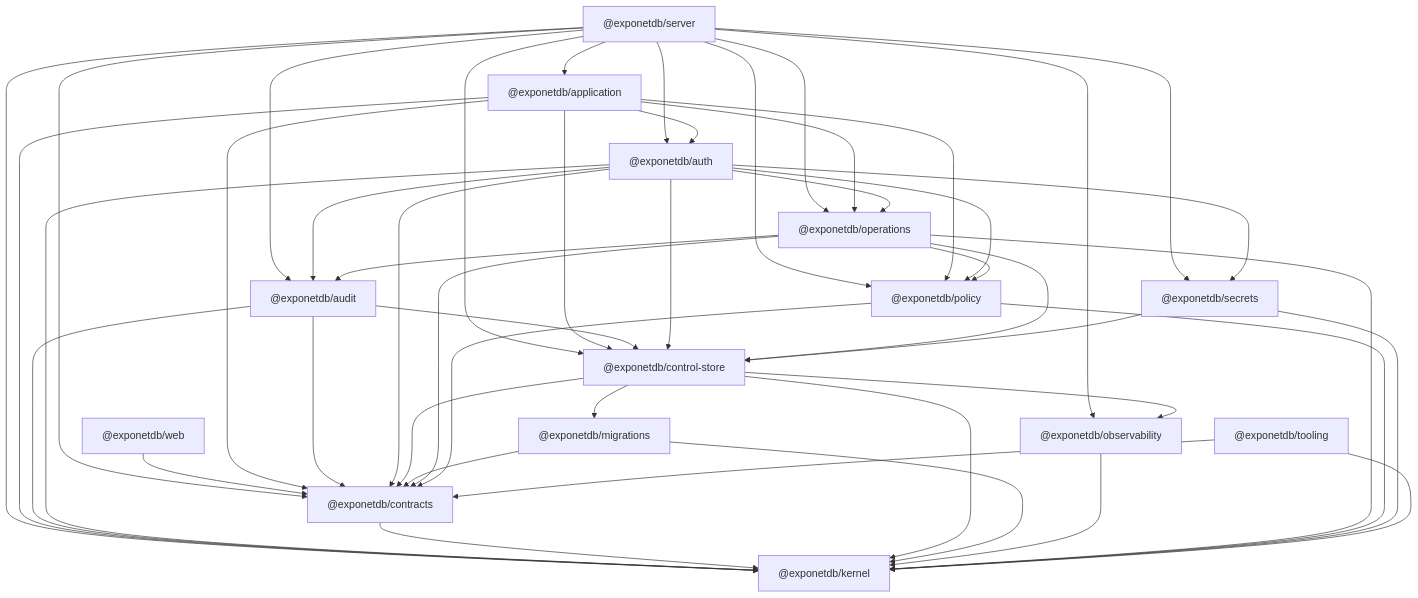
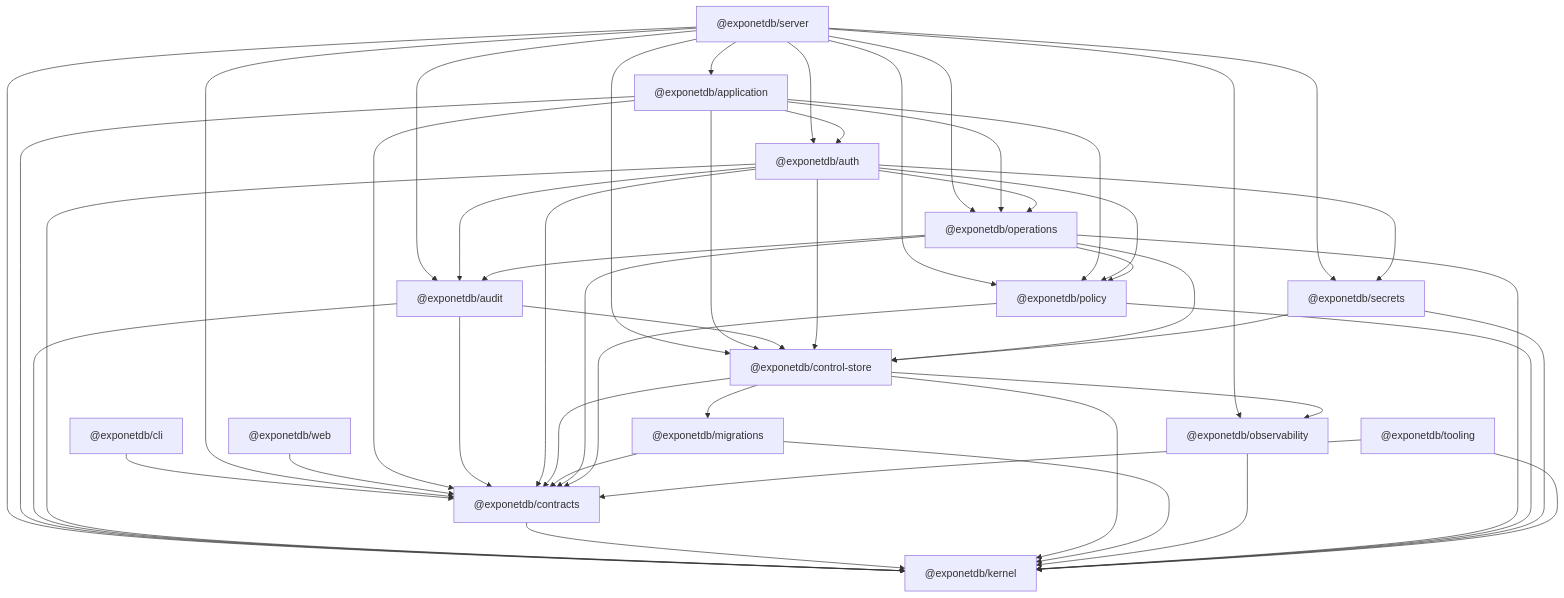
One commit to davdxpx/ExponetDB changed the diagram in tooling/boundaries/package-graph.md. Above: the diagram before and after it, drawn with Mermaid. The commit also changed 20 other files, not shown here.

First line of the commit message:
feat(cli): add the first-party CLI sign-in with loopback and device flows

````diff
--- a/tooling/boundaries/package-graph.md
+++ b/tooling/boundaries/package-graph.md
@@ -7,63 +7,65 @@
 ```mermaid
 graph TD
+  apps_cli["@exponetdb/cli"]
   apps_server["@exponetdb/server"]
   apps_web["@exponetdb/web"]
   packages_application["@exponetdb/application"]
   packages_audit["@exponetdb/audit"]
   packages_auth["@exponetdb/auth"]
   packages_contracts["@exponetdb/contracts"]
   packages_control-store["@exponetdb/control-store"]
   packages_kernel["@exponetdb/kernel"]
   packages_migrations["@exponetdb/migrations"]
   packages_observability["@exponetdb/observability"]
   packages_operations["@exponetdb/operations"]
   packages_policy["@exponetdb/policy"]
   packages_secrets["@exponetdb/secrets"]
   tooling["@exponetdb/tooling"]
+  apps_cli["@exponetdb/cli"] --> packages_contracts
   apps_server["@exponetdb/server"] --> packages_application
   apps_server["@exponetdb/server"] --> packages_audit
   apps_server["@exponetdb/server"] --> packages_auth
   apps_server["@exponetdb/server"] --> packages_contracts
   apps_server["@exponetdb/server"] --> packages_control-store
   apps_server["@exponetdb/server"] --> packages_kernel
   apps_server["@exponetdb/server"] --> packages_observability
   apps_server["@exponetdb/server"] --> packages_operations
   apps_server["@exponetdb/server"] --> packages_policy
   apps_server["@exponetdb/server"] --> packages_secrets
   apps_web["@exponetdb/web"] --> packages_contracts
   packages_application["@exponetdb/application"] --> packages_auth
   packages_application["@exponetdb/application"] --> packages_contracts
   packages_application["@exponetdb/application"] --> packages_control-store
   packages_application["@exponetdb/application"] --> packages_kernel
   packages_application["@exponetdb/application"] --> packages_operations
   packages_application["@exponetdb/application"] --> packages_policy
   packages_audit["@exponetdb/audit"] --> packages_contracts
   packages_audit["@exponetdb/audit"] --> packages_control-store
   packages_audit["@exponetdb/audit"] --> packages_kernel
   packages_auth["@exponetdb/auth"] --> packages_audit
   packages_auth["@exponetdb/auth"] --> packages_contracts
   packages_auth["@exponetdb/auth"] --> packages_control-store
   packages_auth["@exponetdb/auth"] --> packages_kernel
   packages_auth["@exponetdb/auth"] --> packages_operations
   packages_auth["@exponetdb/auth"] --> packages_policy
   packages_auth["@exponetdb/auth"] --> packages_secrets
   packages_contracts["@exponetdb/contracts"] --> packages_kernel
   packages_control-store["@exponetdb/control-store"] --> packages_contracts
   packages_control-store["@exponetdb/control-store"] --> packages_kernel
   packages_control-store["@exponetdb/control-store"] --> packages_migrations
   packages_control-store["@exponetdb/control-store"] --> packages_observability
   packages_migrations["@exponetdb/migrations"] --> packages_contracts
   packages_migrations["@exponetdb/migrations"] --> packages_kernel
   packages_observability["@exponetdb/observability"] --> packages_kernel
   packages_operations["@exponetdb/operations"] --> packages_audit
   packages_operations["@exponetdb/operations"] --> packages_contracts
   packages_operations["@exponetdb/operations"] --> packages_control-store
   packages_operations["@exponetdb/operations"] --> packages_kernel
   packages_operations["@exponetdb/operations"] --> packages_policy
   packages_policy["@exponetdb/policy"] --> packages_contracts
   packages_policy["@exponetdb/policy"] --> packages_kernel
   packages_secrets["@exponetdb/secrets"] --> packages_control-store
   packages_secrets["@exponetdb/secrets"] --> packages_kernel
   tooling["@exponetdb/tooling"] --> packages_contracts
   tooling["@exponetdb/tooling"] --> packages_kernel
 ```
````
